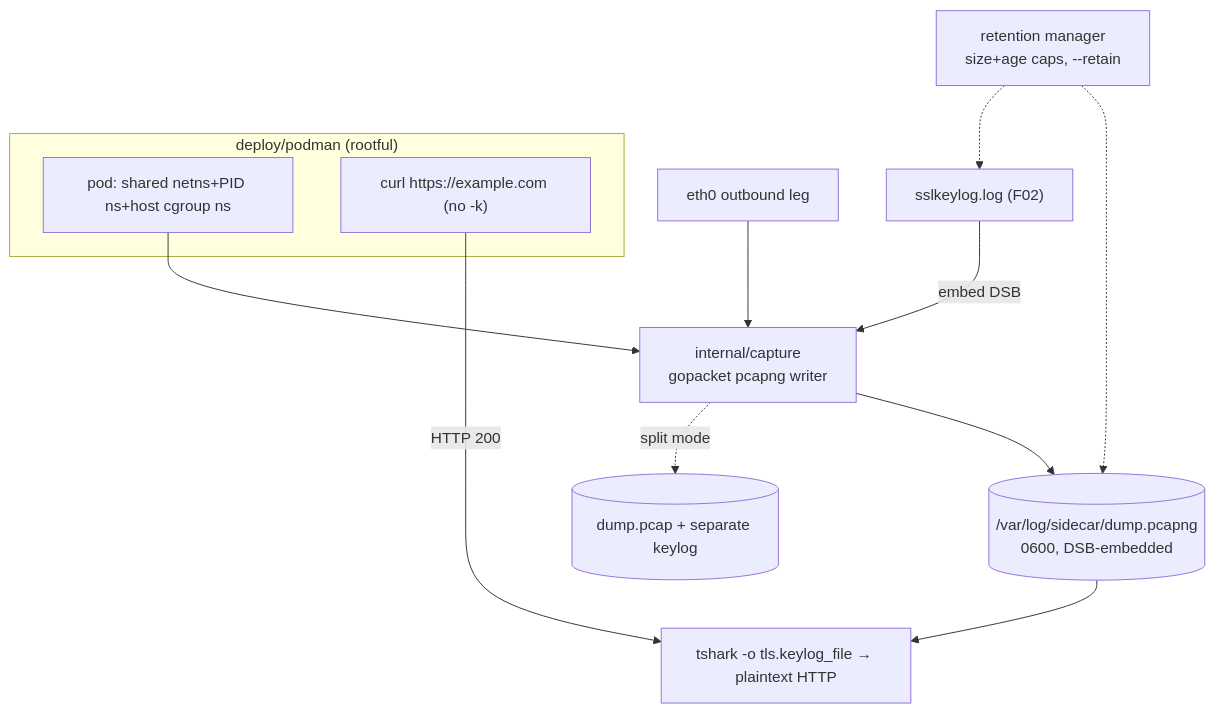
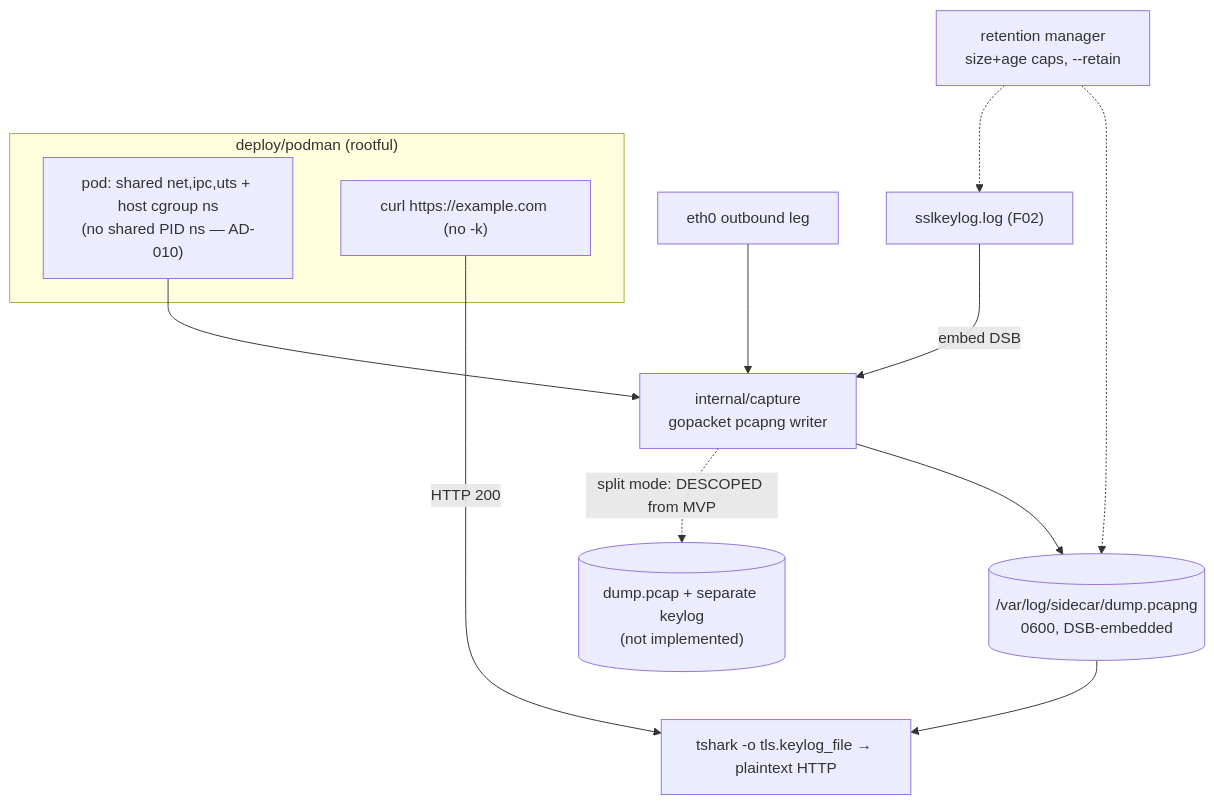
Before and after one commit to mesbrj/GO-eBPF-Proxy: the diagram in .specs/features/03-capture-harness/design.md, drawn with Mermaid. The commit also changed other lines of this file and 19 other files, not shown here.

````diff
--- a/.specs/features/03-capture-harness/design.md
+++ b/.specs/features/03-capture-harness/design.md
@@ -16,15 +16,15 @@
 ```mermaid
 graph TD
     ETH["eth0 outbound leg"] --> CAP["internal/capture<br/>gopacket pcapng writer"]
     KL["sslkeylog.log (F02)"] -->|embed DSB| CAP
     CAP --> PCAP[("/var/log/sidecar/dump.pcapng<br/>0600, DSB-embedded")]
-    CAP -.->|split mode| PCAP2[("dump.pcap + separate keylog")]
+    CAP -.->|split mode: DESCOPED from MVP| PCAP2[("dump.pcap + separate keylog<br/>(not implemented)")]
     RET["retention manager<br/>size+age caps, --retain"] -.-> PCAP & KL
     subgraph harness["deploy/podman (rootful)"]
-        POD["pod: shared netns+PID ns+host cgroup ns"]
+        POD["pod: shared net,ipc,uts + host cgroup ns<br/>(no shared PID ns — AD-010)"]
         SMOKE["curl https://example.com (no -k)"]
     end
     POD --> CAP
     SMOKE -->|HTTP 200| TSHARK["tshark -o tls.keylog_file → plaintext HTTP"]
     PCAP --> TSHARK
 ```
````
